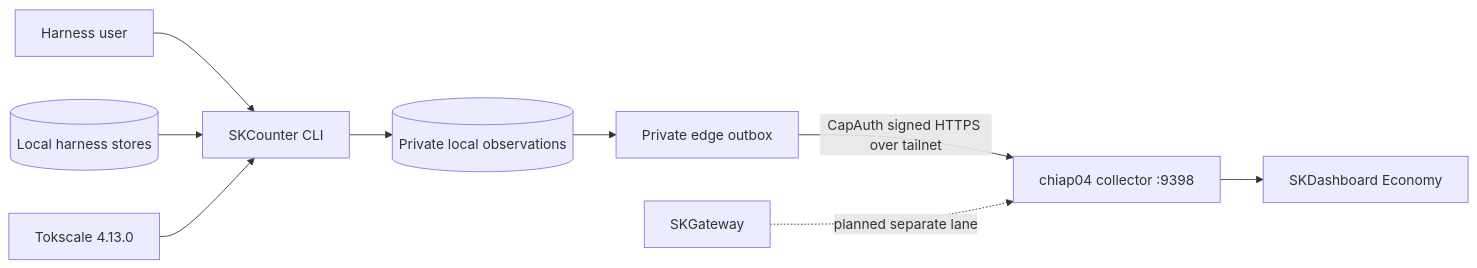
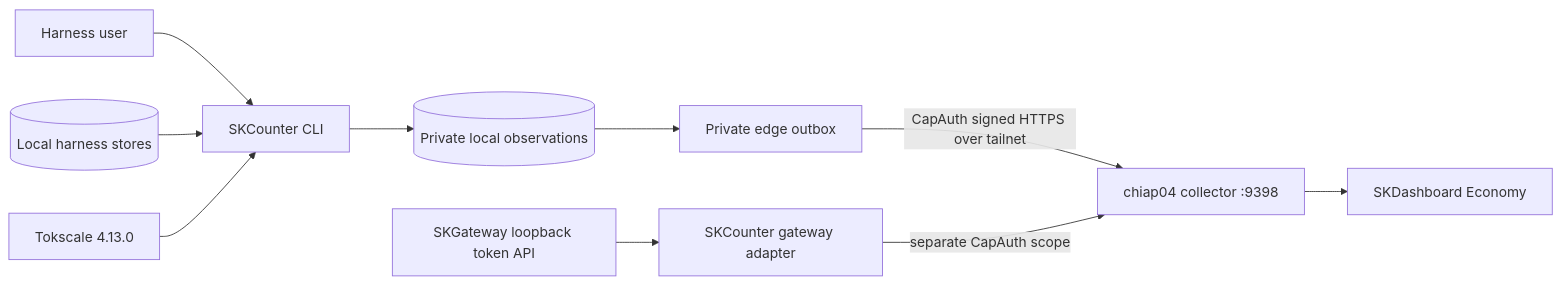
Before and after one commit to smilinTux/skcounter: the first of 5 diagrams in SOP.md, drawn with Mermaid. The commit also changed other lines of this file and 20 other files, not shown here.

````diff
--- a/SOP.md
+++ b/SOP.md
@@ -26,11 +26,12 @@
 ```mermaid
 flowchart LR
     User[Harness user] --> CLI[SKCounter CLI]
     Stores[(Local harness stores)] --> CLI
     CLI --> Local[(Private local observations)]
     Backend[Tokscale 4.13.0] --> CLI
     Local --> Edge[Private edge outbox]
     Edge -->|CapAuth signed HTTPS over tailnet| Collector[chiap04 collector :9398]
-    Gateway[SKGateway] -. planned separate lane .-> Collector
+    Gateway[SKGateway loopback token API] --> GatewayAdapter[SKCounter gateway adapter]
+    GatewayAdapter -->|separate CapAuth scope| Collector
     Collector --> Dashboard[SKDashboard Economy]
 ```
````
